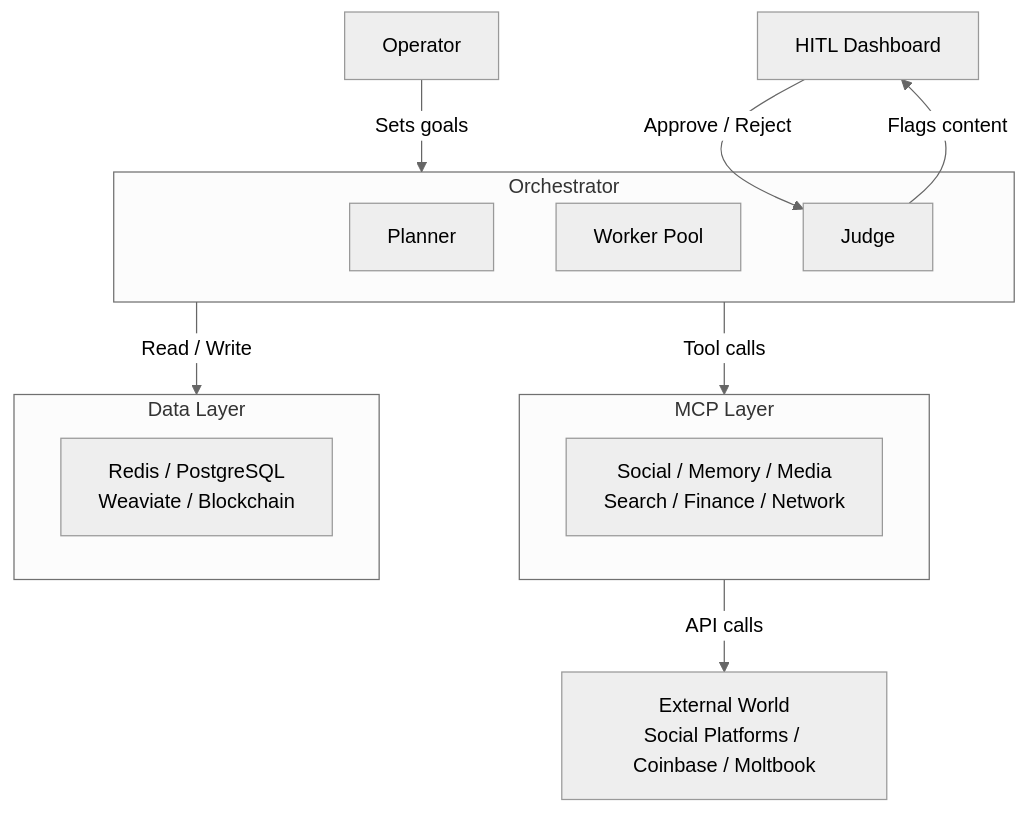
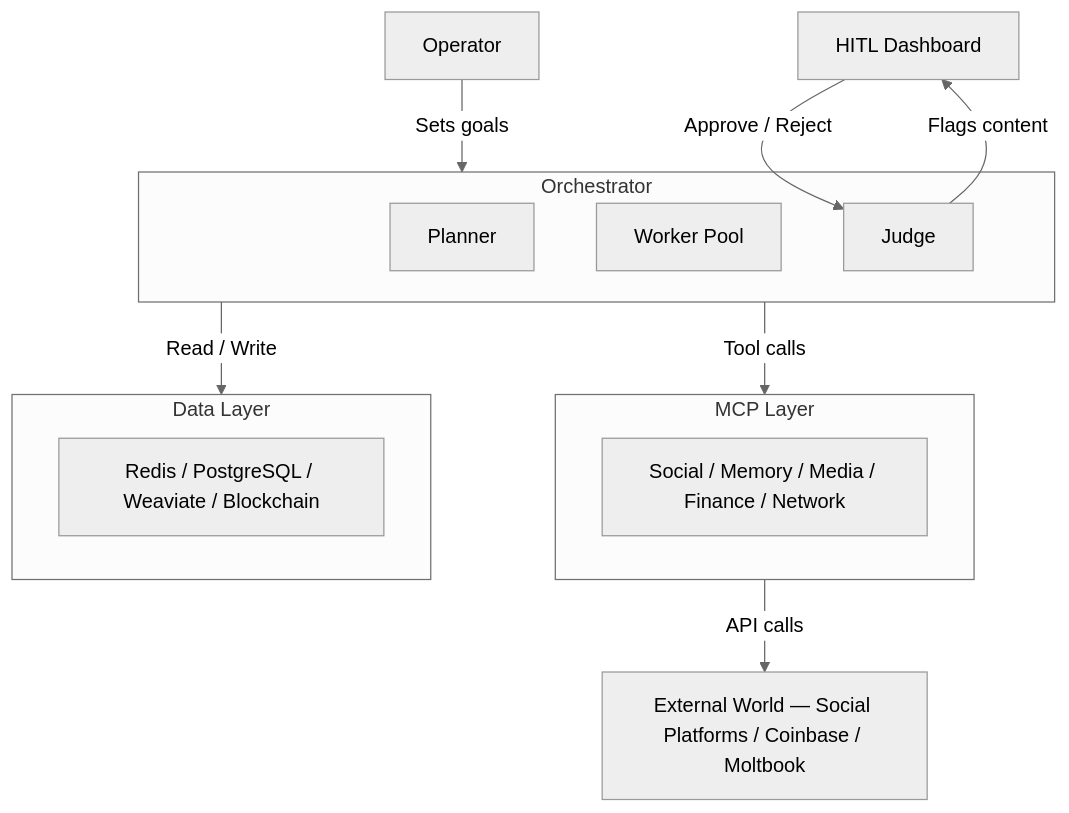
The diagram in README.md (abrhamadddis/project-chimera), drawn with Mermaid (neutral theme) before and after one commit. The commit also changed other lines of this file, not shown here.

````diff
--- a/README.md
+++ b/README.md
@@ -33,28 +15,23 @@
 ```mermaid
 flowchart TD
     OP["Operator"]
     DASH["HITL Dashboard"]
-
     subgraph ORCH["Orchestrator"]
         PLAN["Planner"]
         WORK["Worker Pool"]
         JUDGE["Judge"]
     end
-
     subgraph MCP["MCP Layer"]
-        TOOLS["Social / Memory / Media\nSearch / Finance / Network"]
+        TOOLS["Social / Memory / Media / Finance / Network"]
     end
-
     subgraph DATA["Data Layer"]
-        STORES["Redis / PostgreSQL\nWeaviate / Blockchain"]
+        STORES["Redis / PostgreSQL / Weaviate / Blockchain"]
     end
-
-    EXT["External World\nSocial Platforms / Coinbase / Moltbook"]
-
+    EXT["External World — Social Platforms / Coinbase / Moltbook"]
     OP -->|"Sets goals"| ORCH
     DASH -->|"Approve / Reject"| JUDGE
     JUDGE -->|"Flags content"| DASH
     ORCH -->|"Tool calls"| MCP
     ORCH -->|"Read / Write"| DATA
     MCP -->|"API calls"| EXT
 ```
````
